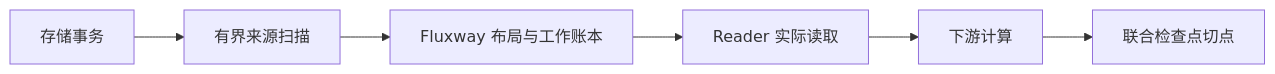
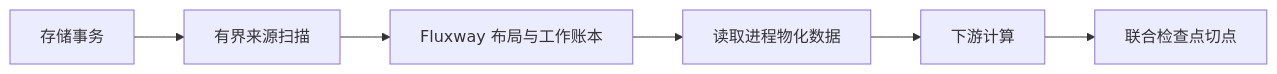
Before and after one commit to fluxway-project/flare: the first of 4 diagrams in docs/streaming_source_zh.md, drawn with Mermaid. The commit also changed other lines of this file and 80 other files, not shown here.

````diff
--- a/docs/streaming_source_zh.md
+++ b/docs/streaming_source_zh.md
@@ -11,8 +21,8 @@
 ```mermaid
 flowchart LR
     A[存储事务] --> B[有界来源扫描]
     B --> C[Fluxway 布局与工作账本]
-    C --> D[Reader 实际读取]
+    C --> D[读取进程物化数据]
     D --> E[下游计算]
     E --> F[联合检查点切点]
 ```
````
